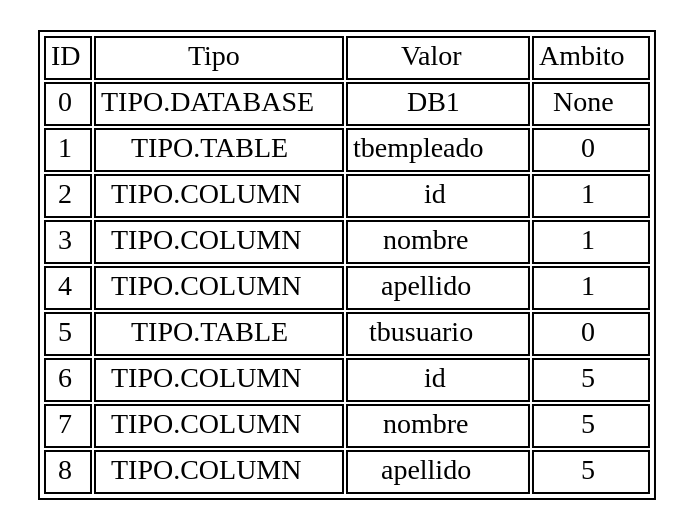
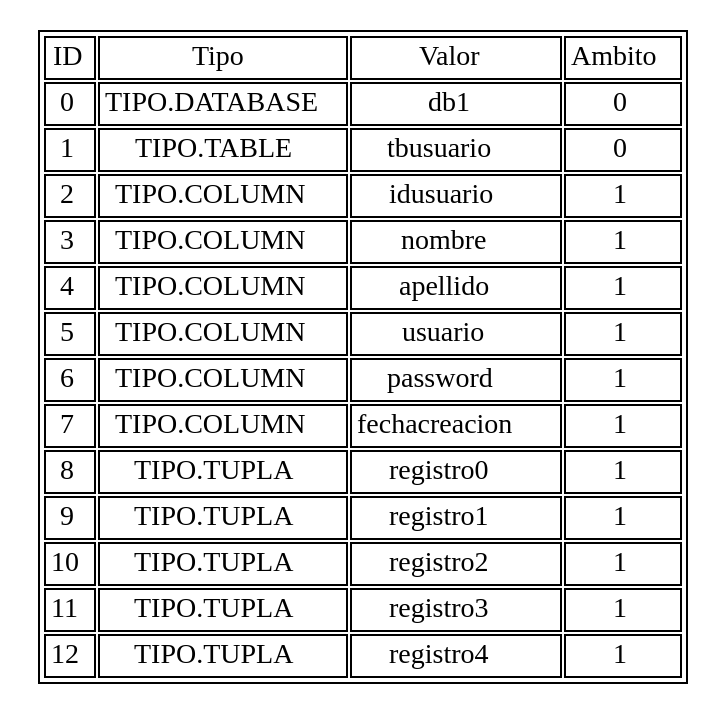
The diagram in parser/team24/reporteTabla.gv (tytusdb/tytusdb), drawn with Graphviz before and after one commit. The commit also changed 4 other files, not shown here.

```diff
--- a/parser/team24/reporteTabla.gv
+++ b/parser/team24/reporteTabla.gv
@@ -1,59 +1,83 @@
 digraph structs {
 	node [shape=plaintext]
 lista [label =  <<TABLE> 
  <TR><TD>ID</TD><TD>Tipo</TD><TD>Valor</TD><TD>Ambito</TD></TR> <TR>
 <TD>
 0
 </TD><TD>TIPO.DATABASE
-</TD><TD>DB1
-</TD><TD>None
+</TD><TD>db1
+</TD><TD>0
 </TD></TR><TR>
 <TD>
 1
 </TD><TD>TIPO.TABLE
-</TD><TD>tbempleado
+</TD><TD>tbusuario
 </TD><TD>0
 </TD></TR><TR>
 <TD>
 2
 </TD><TD>TIPO.COLUMN
-</TD><TD>id
+</TD><TD>idusuario
 </TD><TD>1
 </TD></TR><TR>
 <TD>
 3
 </TD><TD>TIPO.COLUMN
 </TD><TD>nombre
 </TD><TD>1
 </TD></TR><TR>
 <TD>
 4
 </TD><TD>TIPO.COLUMN
 </TD><TD>apellido
 </TD><TD>1
 </TD></TR><TR>
 <TD>
 5
-</TD><TD>TIPO.TABLE
-</TD><TD>tbusuario
-</TD><TD>0
+</TD><TD>TIPO.COLUMN
+</TD><TD>usuario
+</TD><TD>1
 </TD></TR><TR>
 <TD>
 6
 </TD><TD>TIPO.COLUMN
-</TD><TD>id
-</TD><TD>5
+</TD><TD>password
+</TD><TD>1
 </TD></TR><TR>
 <TD>
 7
 </TD><TD>TIPO.COLUMN
-</TD><TD>nombre
-</TD><TD>5
+</TD><TD>fechacreacion
+</TD><TD>1
 </TD></TR><TR>
 <TD>
 8
-</TD><TD>TIPO.COLUMN
-</TD><TD>apellido
-</TD><TD>5
+</TD><TD>TIPO.TUPLA
+</TD><TD>registro0
+</TD><TD>1
+</TD></TR><TR>
+<TD>
+9
+</TD><TD>TIPO.TUPLA
+</TD><TD>registro1
+</TD><TD>1
+</TD></TR><TR>
+<TD>
+10
+</TD><TD>TIPO.TUPLA
+</TD><TD>registro2
+</TD><TD>1
+</TD></TR><TR>
+<TD>
+11
+</TD><TD>TIPO.TUPLA
+</TD><TD>registro3
+</TD><TD>1
+</TD></TR><TR>
+<TD>
+12
+</TD><TD>TIPO.TUPLA
+</TD><TD>registro4
+</TD><TD>1
 </TD></TR></TABLE>>, ];
 }
```
